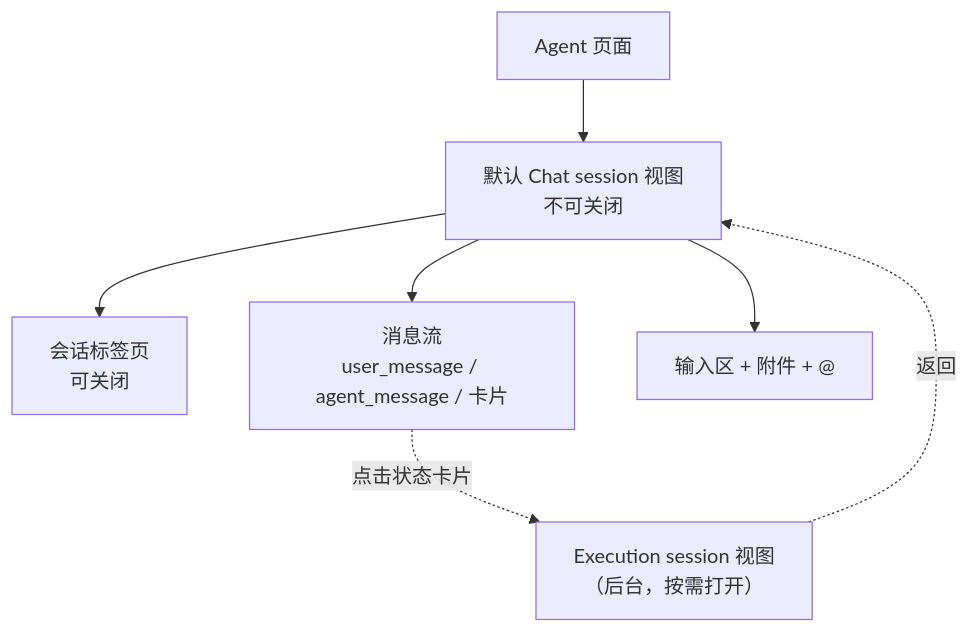
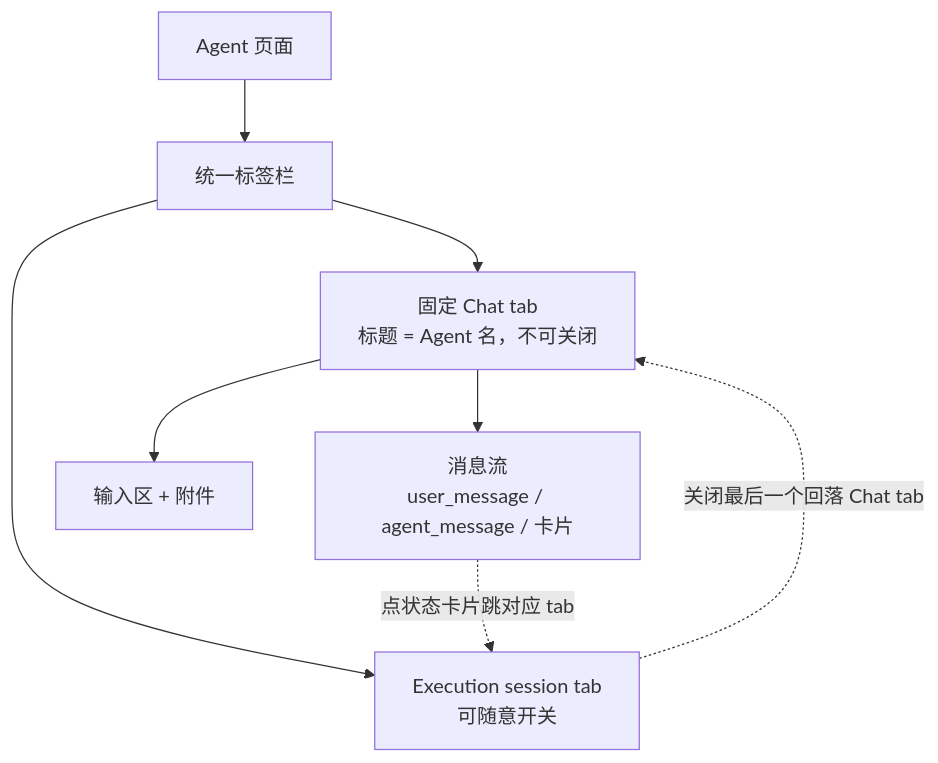
The tenth of 10 diagrams in docs/design/zh/27-intent-messaging-and-group-chat.md (acowork/acowork), drawn with Mermaid before and after one commit. The commit also changed other lines of this file and 87 other files, not shown here.

````diff
--- a/docs/design/zh/27-intent-messaging-and-group-chat.md
+++ b/docs/design/zh/27-intent-messaging-and-group-chat.md
@@ -817,9 +831,10 @@
 ```mermaid
 graph TB
-    AP["Agent 页面"] --> DV["默认 Chat session 视图<br/>不可关闭"]
-    DV --> TABS["会话标签页<br/>可关闭"]
-    DV --> MSG["消息流<br/>user_message / agent_message / 卡片"]
-    DV --> INPUT["输入区 + 附件 + @"]
-    MSG -.->|"点击状态卡片"| ES["Execution session 视图<br/>（后台，按需打开）"]
-    ES -.->|"返回"| DV
+    AP["Agent 页面"] --> BAR["统一标签栏"]
+    BAR --> CT["固定 Chat tab<br/>标题 = Agent 名，不可关闭"]
+    BAR --> ET["Execution session tab<br/>可随意开关"]
+    CT --> MSG["消息流<br/>user_message / agent_message / 卡片"]
+    CT --> INPUT["输入区 + 附件"]
+    MSG -.->|"点状态卡片跳对应 tab"| ET
+    ET -.->|"关闭最后一个回落 Chat tab"| CT
 ```
````
